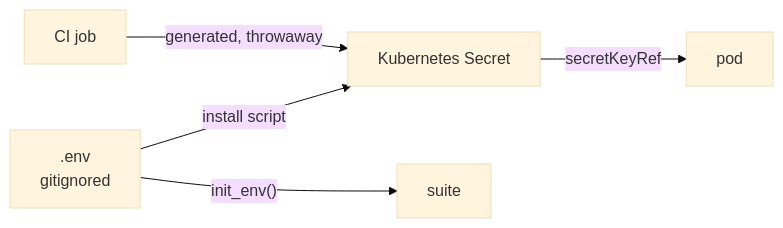
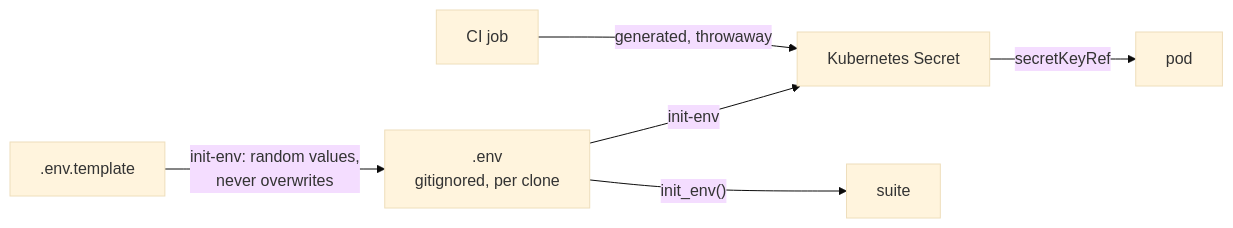
One commit to enjay27/lakehouse changed the diagram in docs/adr/006-credentials-are-never-committed.md. Above: the diagram before and after it, drawn with Mermaid (base theme). The commit also changed other lines of this file and 12 other files, not shown here.

````diff
--- a/docs/adr/006-credentials-are-never-committed.md
+++ b/docs/adr/006-credentials-are-never-committed.md
@@ -27,7 +36,8 @@
 ```mermaid
 flowchart LR
-    ENV[".env<br/>gitignored"] -->|"install script"| SEC["Kubernetes Secret"]
+    T[".env.template"] -->|"init-env: random values,<br/>never overwrites"| ENV[".env<br/>gitignored, per clone"]
+    ENV -->|"init-env"| SEC["Kubernetes Secret"]
     SEC -->|"secretKeyRef"| POD["pod"]
     ENV -->|"init_env()"| SUITE["suite"]
     CI["CI job"] -->|"generated, throwaway"| SEC
 ```
````
